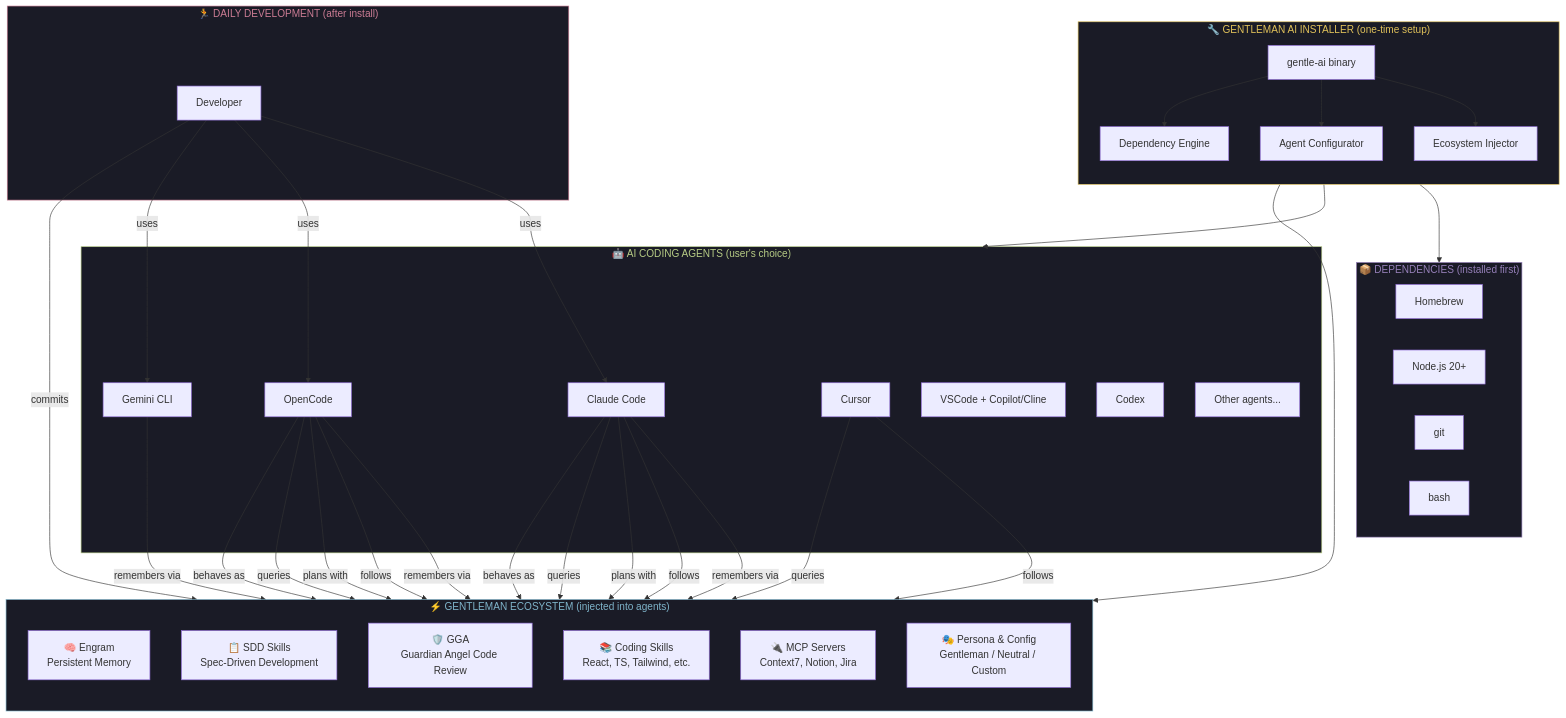
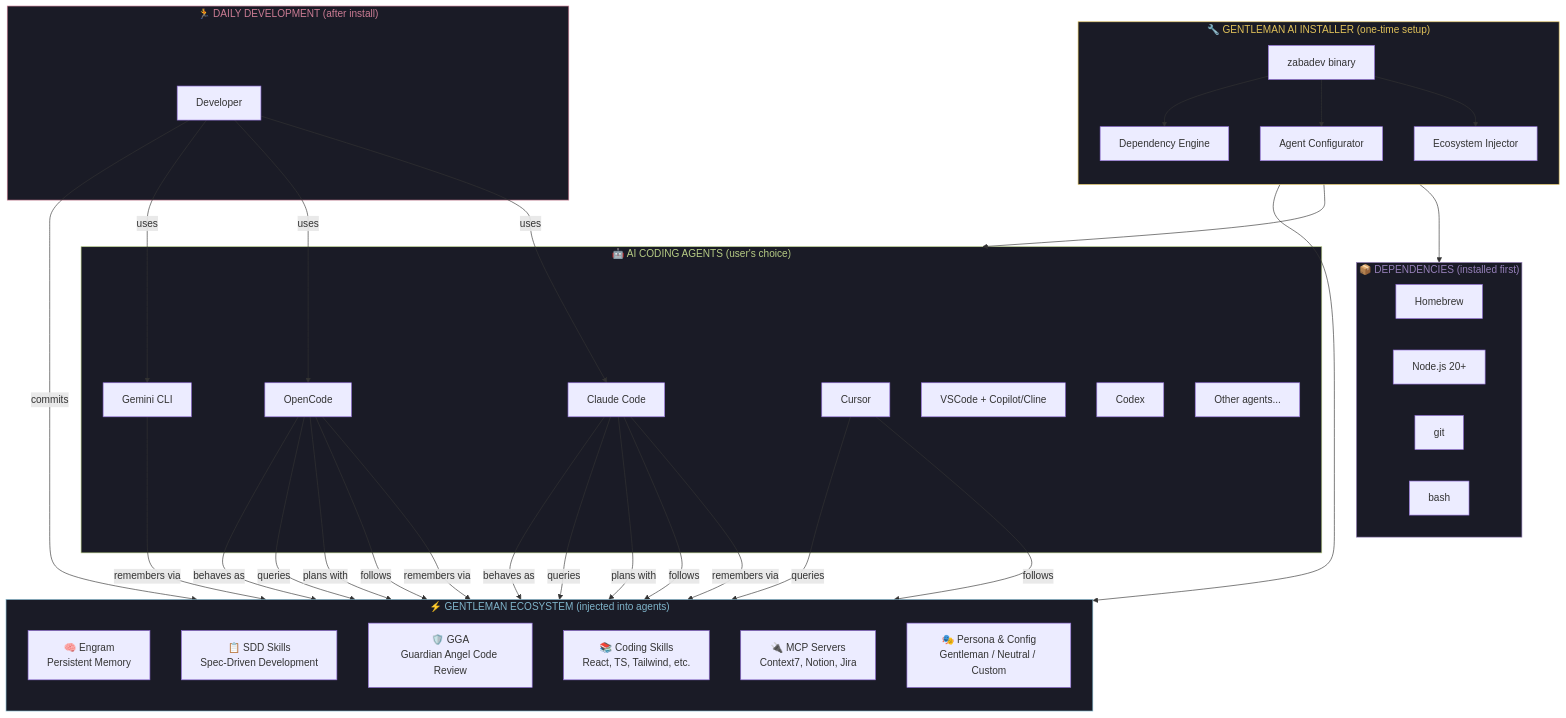
Before and after one commit to ZaBaDeVgit/ZaBaDeV_AgentAI: the first of 7 diagrams in PRD.md, drawn with Mermaid. The commit also changed other lines of this file and 49 other files, not shown here.

````diff
--- a/PRD.md
+++ b/PRD.md
@@ -576,74 +576,74 @@
 ```mermaid
 graph TB
     subgraph INSTALLER["🔧 GENTLEMAN AI INSTALLER (one-time setup)"]
         direction TB
-        GAI[gentle-ai binary]
+        GAI[zabadev binary]
         GAI --> DEP_ENGINE[Dependency Engine]
         GAI --> AGENT_ENGINE[Agent Configurator]
         GAI --> ECO_ENGINE[Ecosystem Injector]
     end
 
     subgraph DEPS["📦 DEPENDENCIES (installed first)"]
         BREW[Homebrew]
         NODE[Node.js 20+]
         GIT[git]
         BASH_DEP[bash]
     end
 
     subgraph AGENTS["🤖 AI CODING AGENTS (user's choice)"]
         CC[Claude Code]
         OC[OpenCode]
         GEM[Gemini CLI]
         CUR[Cursor]
         VSC[VSCode + Copilot/Cline]
         CDX[Codex]
         OTHER[Other agents...]
     end
 
     subgraph ECOSYSTEM["⚡ GENTLEMAN ECOSYSTEM (injected into agents)"]
         direction TB
         ENGRAM[🧠 Engram<br/>Persistent Memory]
         SDD[📋 SDD Skills<br/>Spec-Driven Development]
         GGA_COMP[🛡️ GGA<br/>Guardian Angel Code Review]
         SKILLS[📚 Coding Skills<br/>React, TS, Tailwind, etc.]
         MCP[🔌 MCP Servers<br/>Context7, Notion, Jira]
         PERSONA[🎭 Persona & Config<br/>Gentleman / Neutral / Custom]
     end
 
     subgraph RUNTIME["🏃 DAILY DEVELOPMENT (after install)"]
         DEV[Developer]
     end
 
     DEP_ENGINE --> DEPS
     AGENT_ENGINE --> AGENTS
     ECO_ENGINE --> ECOSYSTEM
 
     DEV -->|uses| CC
     DEV -->|uses| OC
     DEV -->|uses| GEM
     DEV -->|commits| GGA_COMP
 
     CC -->|remembers via| ENGRAM
     OC -->|remembers via| ENGRAM
     GEM -->|remembers via| ENGRAM
 
     CC -->|follows| SKILLS
     OC -->|follows| SKILLS
     CUR -->|follows| SKILLS
 
     CC -->|plans with| SDD
     OC -->|plans with| SDD
 
     CC -->|queries| MCP
     OC -->|queries| MCP
     CUR -->|queries| MCP
 
     CC -->|behaves as| PERSONA
     OC -->|behaves as| PERSONA
 
     style INSTALLER fill:#1a1b26,stroke:#E0C15A,color:#E0C15A
     style ECOSYSTEM fill:#1a1b26,stroke:#7FB4CA,color:#7FB4CA
     style AGENTS fill:#1a1b26,stroke:#B7CC85,color:#B7CC85
     style DEPS fill:#1a1b26,stroke:#957FB8,color:#957FB8
     style RUNTIME fill:#1a1b26,stroke:#CB7C94,color:#CB7C94
 ```
````
